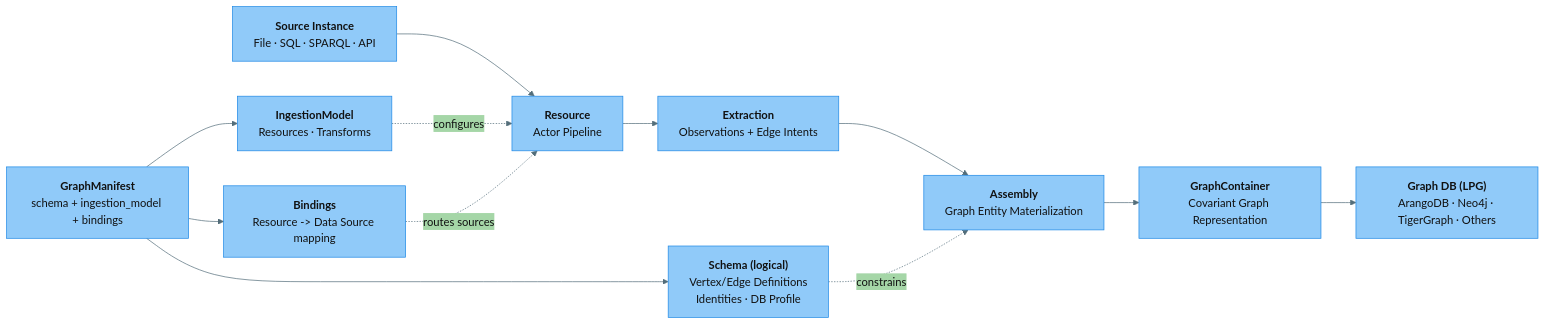
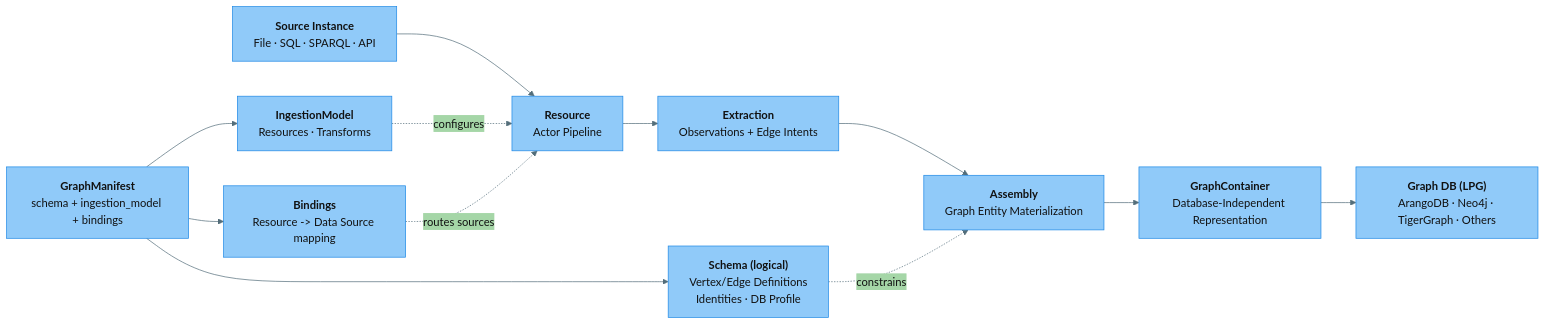
The first of 8 diagrams in docs/concepts/index.md (growgraph/graflo), drawn with Mermaid before and after one commit. The commit also changed other lines of this file and 44 other files, not shown here.

````diff
--- a/docs/concepts/index.md
+++ b/docs/concepts/index.md
@@ -9,33 +9,33 @@
 ```mermaid
 %%{ init: { 
   "theme": "base",
   "themeVariables": {
     "primaryColor": "#90CAF9",
     "primaryTextColor": "#111111",
     "primaryBorderColor": "#1E88E5",
     "lineColor": "#546E7A",
     "secondaryColor": "#A5D6A7",
     "tertiaryColor": "#CE93D8"
   }
 } }%%
 
 flowchart LR
     MF["<b>GraphManifest</b><br/>schema + ingestion_model + bindings"]
     SI["<b>Source Instance</b><br/>File · SQL · SPARQL · API"]
     R["<b>Resource</b><br/>Actor Pipeline"]
     EX["<b>Extraction</b><br/>Observations + Edge Intents"]
     AS["<b>Assembly</b><br/>Graph Entity Materialization"]
     GS["<b>Schema (logical)</b><br/>Vertex/Edge Definitions<br/>Identities · DB Profile"]
     IM["<b>IngestionModel</b><br/>Resources · Transforms"]
     BD["<b>Bindings</b><br/>Resource -> Data Source mapping"]
-    GC["<b>GraphContainer</b><br/>Covariant Graph Representation"]
+    GC["<b>GraphContainer</b><br/>Database-Independent Representation"]
     DB["<b>Graph DB (LPG)</b><br/>ArangoDB · Neo4j · TigerGraph · Others"]
 
     MF --> GS
     MF --> IM
     MF --> BD
     SI --> R --> EX --> AS --> GC --> DB
     IM -. configures .-> R
     GS -. constrains .-> AS
     BD -. routes sources .-> R
 ```
````
